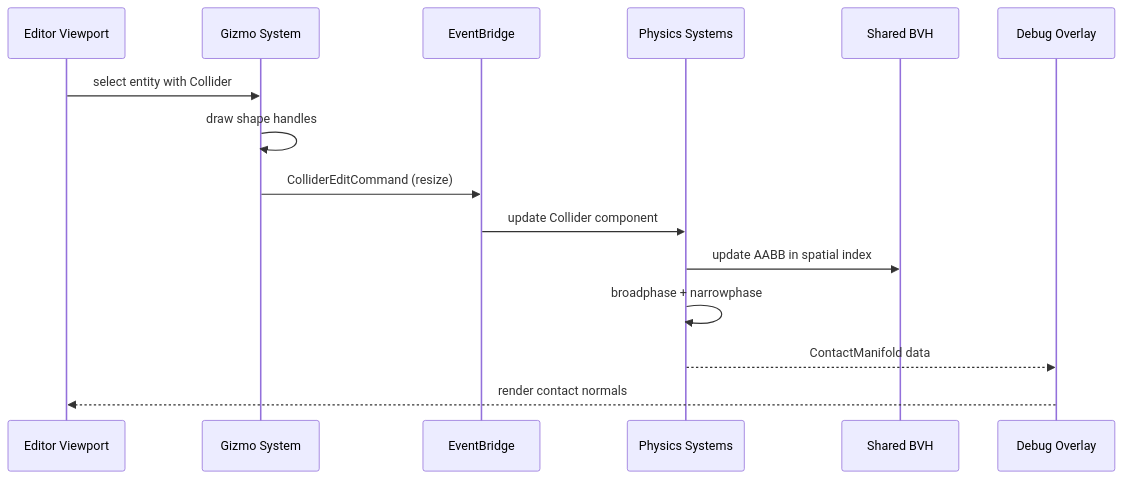
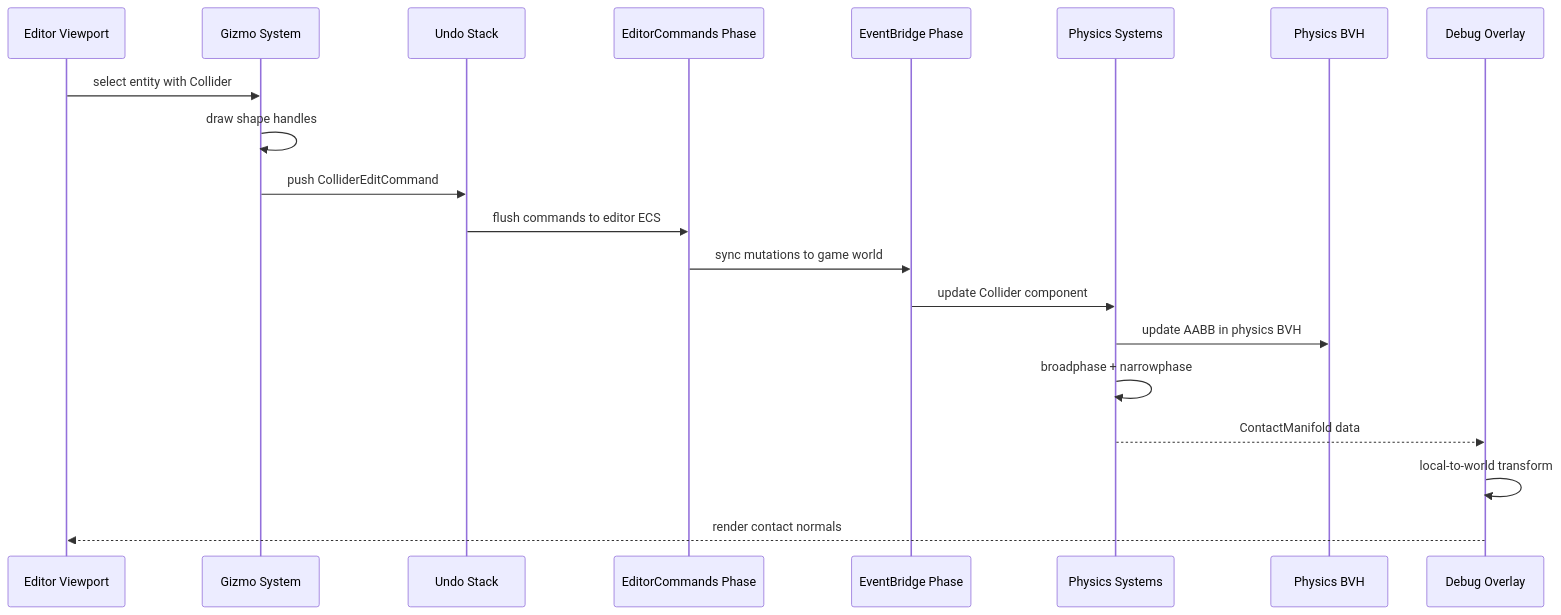
Before and after one commit to harmonius-dev/harmonius: the first of 2 diagrams in docs/design/integration/editor-physics.md, drawn with Mermaid. The commit also changed other lines of this file and 57 other files, not shown here.

````diff
--- a/docs/design/integration/editor-physics.md
+++ b/docs/design/integration/editor-physics.md
@@ -64,18 +178,23 @@
 ```mermaid
 sequenceDiagram
     participant VP as Editor Viewport
     participant GZ as Gizmo System
-    participant EB as EventBridge
+    participant US as Undo Stack
+    participant EC as EditorCommands Phase
+    participant EB as EventBridge Phase
     participant PH as Physics Systems
-    participant BVH as Shared BVH
+    participant BVH as Physics BVH
     participant DBG as Debug Overlay
 
     VP->>GZ: select entity with Collider
     GZ->>GZ: draw shape handles
-    GZ->>EB: ColliderEditCommand (resize)
+    GZ->>US: push ColliderEditCommand
+    US->>EC: flush commands to editor ECS
+    EC->>EB: sync mutations to game world
     EB->>PH: update Collider component
-    PH->>BVH: update AABB in spatial index
+    PH->>BVH: update AABB in physics BVH
     PH->>PH: broadphase + narrowphase
     PH-->>DBG: ContactManifold data
+    DBG->>DBG: local-to-world transform
     DBG-->>VP: render contact normals
 ```
````
